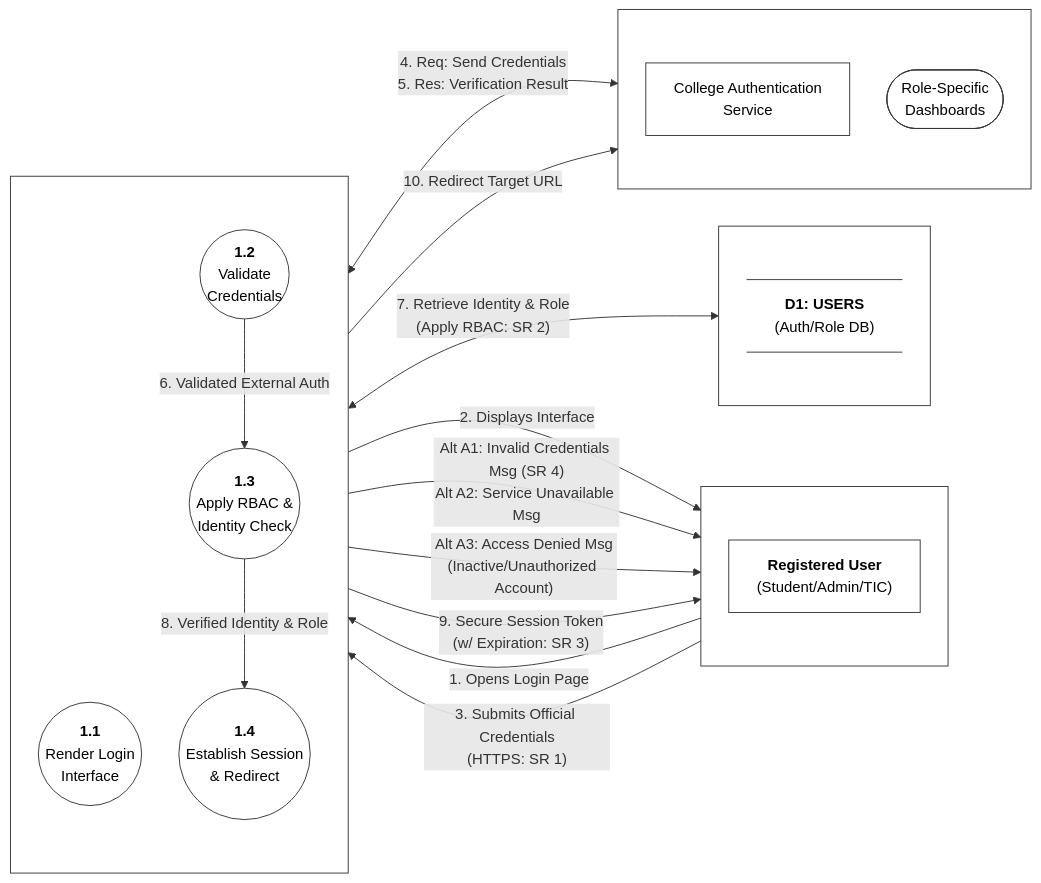
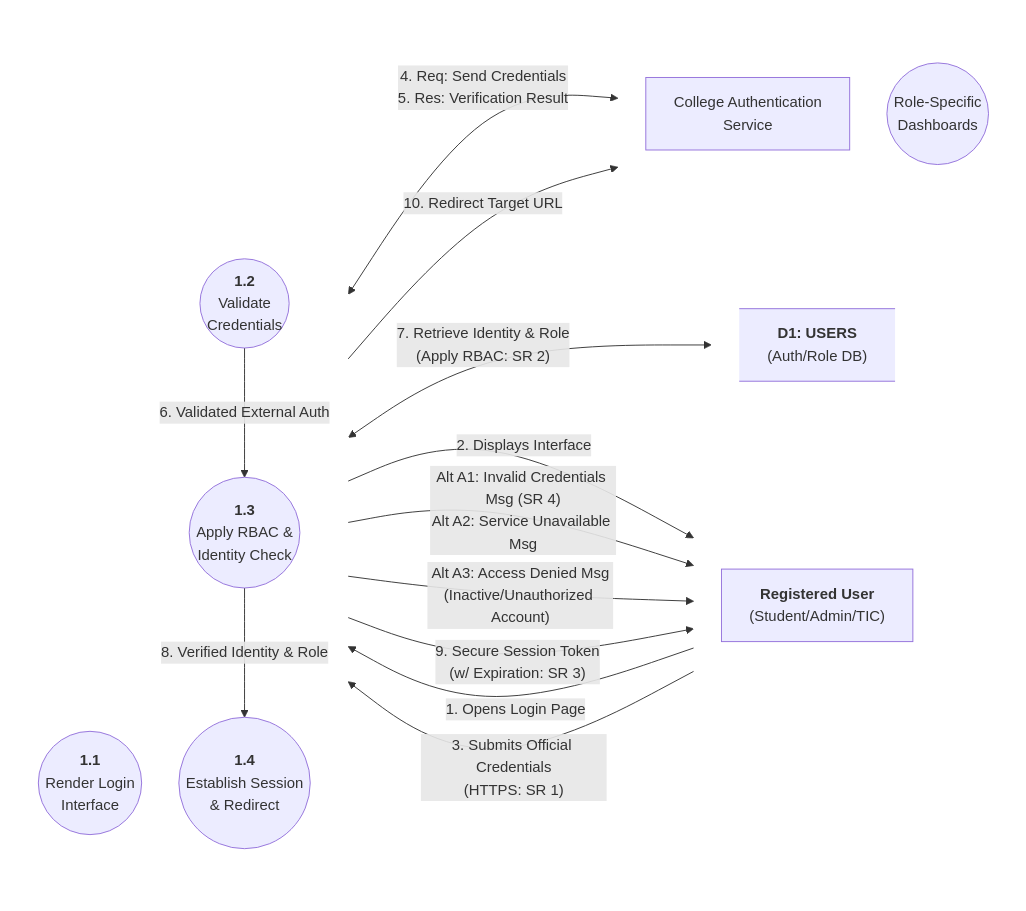
The diagram in SE/ideathon/documents/L2-DFD-S01.mmd (aryanhrc3428/Semester-5), drawn with Mermaid before and after one commit. The commit also changed 43 other files, not shown here.

```diff
--- a/SE/ideathon/documents/L2-DFD-S01.mmd
+++ b/SE/ideathon/documents/L2-DFD-S01.mmd
@@ -1,86 +1,76 @@
 %%{init: {
   "flowchart": {
     "htmlLabels": true,
     "nodeSpacing": 40,
     "rankSpacing": 90,
     "padding": 15
   }
 }}%%
 flowchart LR
 
     %% -------------------------------------------------------------
     %% COLUMN 1: ACTORS
     %% -------------------------------------------------------------
     subgraph Actors [" "]
         direction TB
         User["<b>Registered User</b><br/>(Student/Admin/TIC)"]
     end
 
     %% -------------------------------------------------------------
     %% COLUMN 2: SUB-PROCESSES (Decomposition of 1.0)
     %% -------------------------------------------------------------
     subgraph SubProcesses [" "]
         direction TB
         P1_1(("<b>1.1</b><br/>Render Login<br/>Interface"))
         P1_2(("<b>1.2</b><br/>Validate<br/>Credentials"))
         P1_3(("<b>1.3</b><br/>Apply RBAC &<br/>Identity Check"))
         P1_4(("<b>1.4</b><br/>Establish Session<br/>& Redirect"))
     end
 
     %% -------------------------------------------------------------
     %% COLUMN 3: DATA STORES
     %% -------------------------------------------------------------
     subgraph DataStores [" "]
         direction TB
         D1@{ shape: datastore, label: "<b>D1: USERS</b><br/>(Auth/Role DB)" }
     end
 
     %% -------------------------------------------------------------
     %% COLUMN 4: EXTERNAL SERVICES & UI SINKS
     %% -------------------------------------------------------------
     subgraph ExtServices [" "]
         direction TB
         ExtAuth["College Authentication<br/>Service"]
-        RoleDashboards(["Role-Specific<br/>Dashboards"])
+        RoleDashboards(("Role-Specific<br/>Dashboards"))
     end
 
     %% =============================================================
     %% DATA FLOWS
     %% =============================================================
 
     %% --- 1.1 Render Interface ---
     User -->|"1. Opens Login Page"| P1_1
     P1_1 -->|"2. Displays Interface"| User
     
     %% --- 1.2 Validate Credentials ---
     User -->|"3. Submits Official Credentials<br/>(HTTPS: SR 1)"| P1_2
     P1_2 <-->|"4. Req: Send Credentials<br/>5. Res: Verification Result"| ExtAuth
     P1_2 -->|"Alt A1: Invalid Credentials Msg (SR 4)<br/>Alt A2: Service Unavailable Msg"| User
     
     %% --- 1.3 Apply RBAC ---
     P1_2 -->|"6. Validated External Auth"| P1_3
     P1_3 <-->|"7. Retrieve Identity & Role<br/>(Apply RBAC: SR 2)"| D1
     P1_3 -->|"Alt A3: Access Denied Msg<br/>(Inactive/Unauthorized Account)"| User
     
     %% --- 1.4 Establish Session ---
     P1_3 -->|"8. Verified Identity & Role"| P1_4
     P1_4 -->|"9. Secure Session Token<br/>(w/ Expiration: SR 3)"| User
     P1_4 -->|"10. Redirect Target URL"| RoleDashboards
 
     %% -------------------------------------------------------------
     %% STYLING
     %% -------------------------------------------------------------
-    classDef processStyle fill:#fff,stroke:#333,stroke-width:1px,color:#000
-    classDef storeStyle fill:#fff,stroke:#333,stroke-width:1px,color:#000
-    classDef actorStyle fill:#fff,stroke:#333,stroke-width:1px,color:#000
-    classDef extStyle fill:#fff,stroke:#333,stroke-width:1px,color:#000
-
-    class P1_1,P1_2,P1_3,P1_4 processStyle;
-    class D1 storeStyle;
-    class User actorStyle;
-    class ExtAuth,RoleDashboards extStyle;
-
-    style Actors fill:none,stroke:#333,stroke-width:1px
-    style SubProcesses fill:none,stroke:#333,stroke-width:1px
-    style DataStores fill:none,stroke:#333,stroke-width:1px
-    style ExtServices fill:none,stroke:#333,stroke-width:1px
+    style Actors fill:none, stroke:none
+    style DataStores fill:none, stroke:none
+    style SubProcesses fill:none, stroke:none
+    style ExtServices fill:none, stroke:none
```
